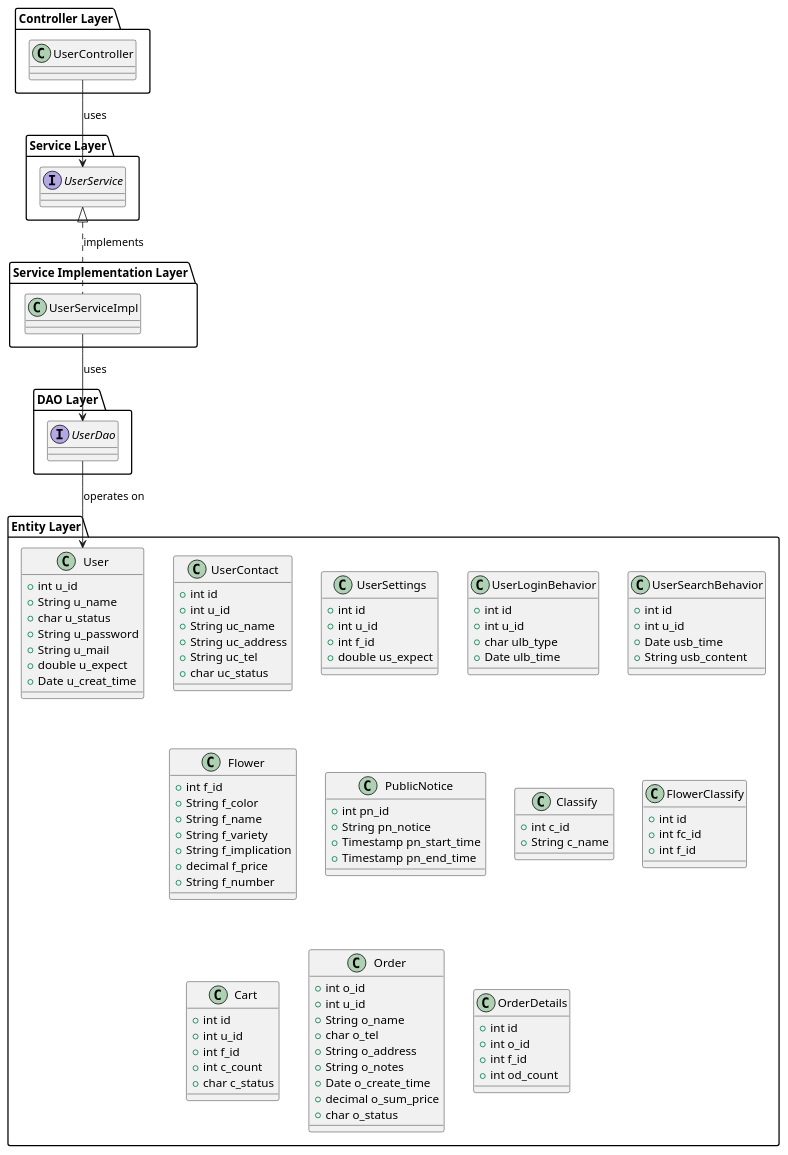
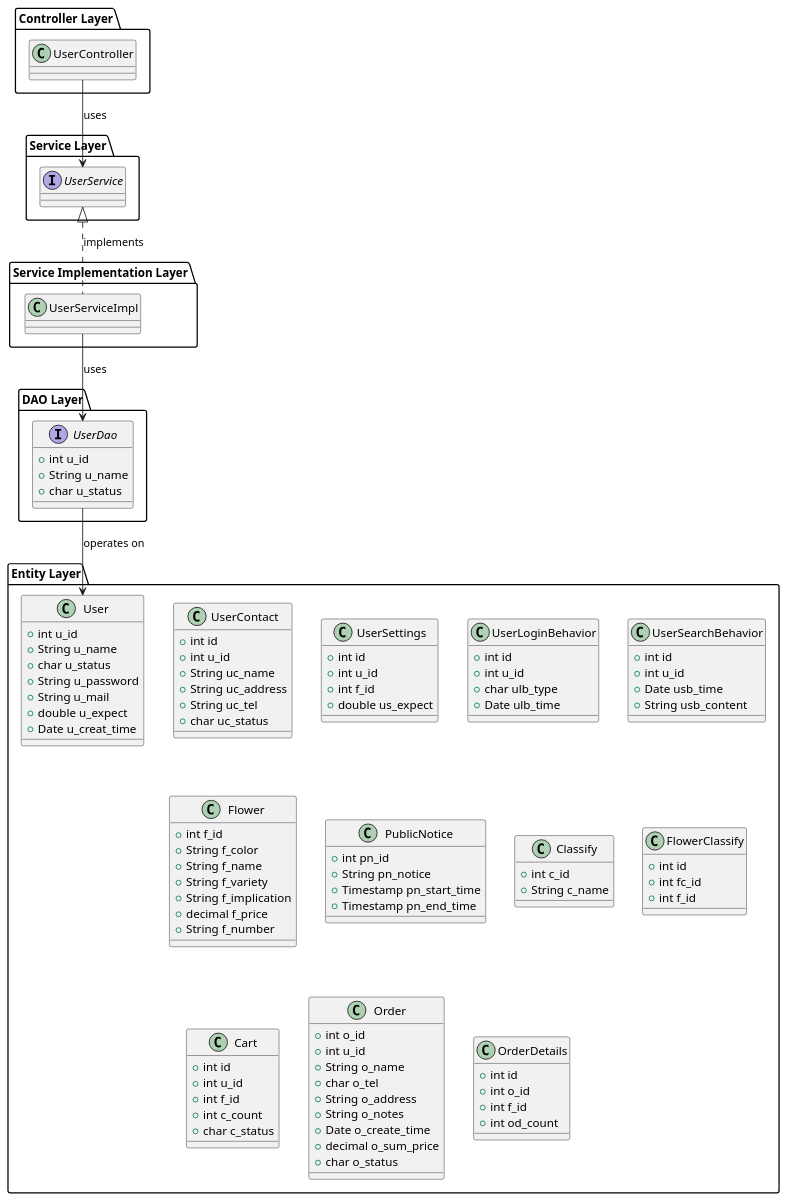
Before and after one commit to jiatawen/flowershop: the diagram in 文档/user.puml, drawn with PlantUML. The commit also changed 10 other files, not shown here.

```diff
--- a/文档/user.puml
+++ b/文档/user.puml
@@ -1,109 +1,113 @@
 @startuml
 package "Controller Layer" {
     class UserController
 }
 
 package "Service Layer" {
     interface UserService
 }
 
 package "Service Implementation Layer" {
     class UserServiceImpl
 }
 
 package "DAO Layer" {
-    interface UserDao
+    interface UserDao{
+        +int u_id
+        +String u_name
+        +char u_status
+    }
 }
 
 package "Entity Layer" {
     class User {
         +int u_id
         +String u_name
         +char u_status
         +String u_password
         +String u_mail
         +double u_expect
         +Date u_creat_time
     }
     class UserContact {
         +int id
         +int u_id
         +String uc_name
         +String uc_address
         +String uc_tel
         +char uc_status
     }
     class UserSettings {
         +int id
         +int u_id
         +int f_id
         +double us_expect
     }
     class UserLoginBehavior {
         +int id
         +int u_id
         +char ulb_type
         +Date ulb_time
     }
     class UserSearchBehavior {
         +int id
         +int u_id
         +Date usb_time
         +String usb_content
     }
     class Flower {
         +int f_id
         +String f_color
         +String f_name
         +String f_variety
         +String f_implication
         +decimal f_price
         +String f_number
     }
     class PublicNotice {
         +int pn_id
         +String pn_notice
         +Timestamp pn_start_time
         +Timestamp pn_end_time
     }
     class Classify {
         +int c_id
         +String c_name
     }
     class FlowerClassify {
         +int id
         +int fc_id
         +int f_id
     }
     class Cart {
         +int id
         +int u_id
         +int f_id
         +int c_count
         +char c_status
     }
     class Order {
         +int o_id
         +int u_id
         +String o_name
         +char o_tel
         +String o_address
         +String o_notes
         +Date o_create_time
         +decimal o_sum_price
         +char o_status
     }
     class OrderDetails {
         +int id
         +int o_id
         +int f_id
         +int od_count
     }
 }
 
 UserController --> UserService : uses
 UserService <|.. UserServiceImpl : implements
 UserServiceImpl --> UserDao : uses
 UserDao --> User : operates on
 
 @enduml
```
